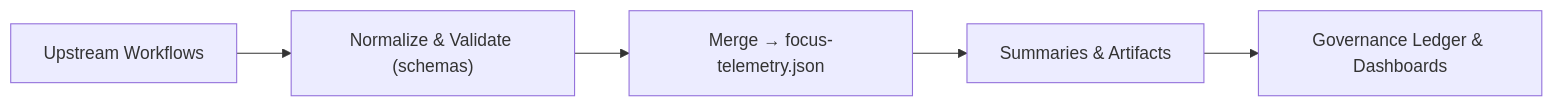
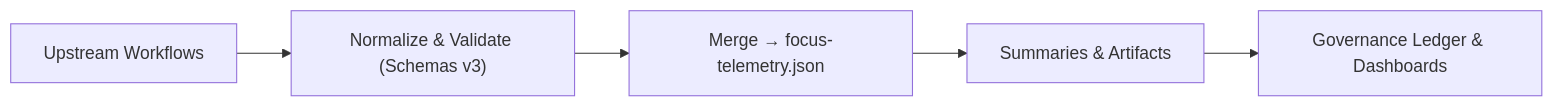
Before and after one commit to bartytime4life/Kansas-Frontier-Matrix: the diagram in docs/workflows/telemetry-export.yml.md, drawn with Mermaid. The commit also changed other lines of this file, not shown here.

````diff
--- a/docs/workflows/telemetry-export.yml.md
+++ b/docs/workflows/telemetry-export.yml.md
@@ -216,7 +219,7 @@
 ```mermaid
 flowchart LR
-  A["Upstream Workflows"] --> B["Normalize & Validate (schemas)"]
+  A["Upstream Workflows"] --> B["Normalize & Validate (Schemas v3)"]
   B --> C["Merge → focus-telemetry.json"]
   C --> D["Summaries & Artifacts"]
   D --> E["Governance Ledger & Dashboards"]
 ```
````
